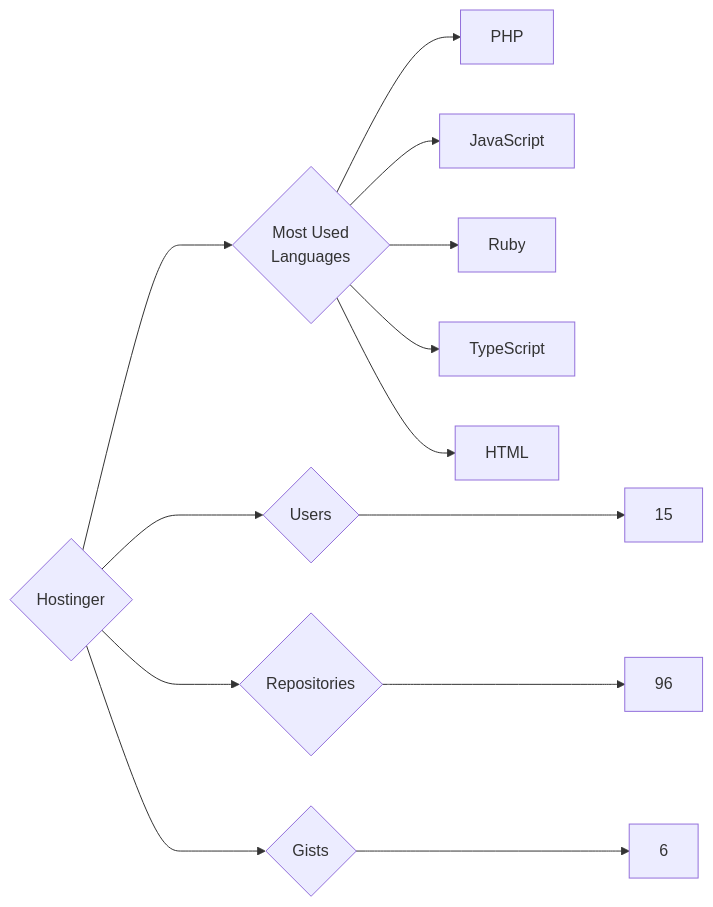
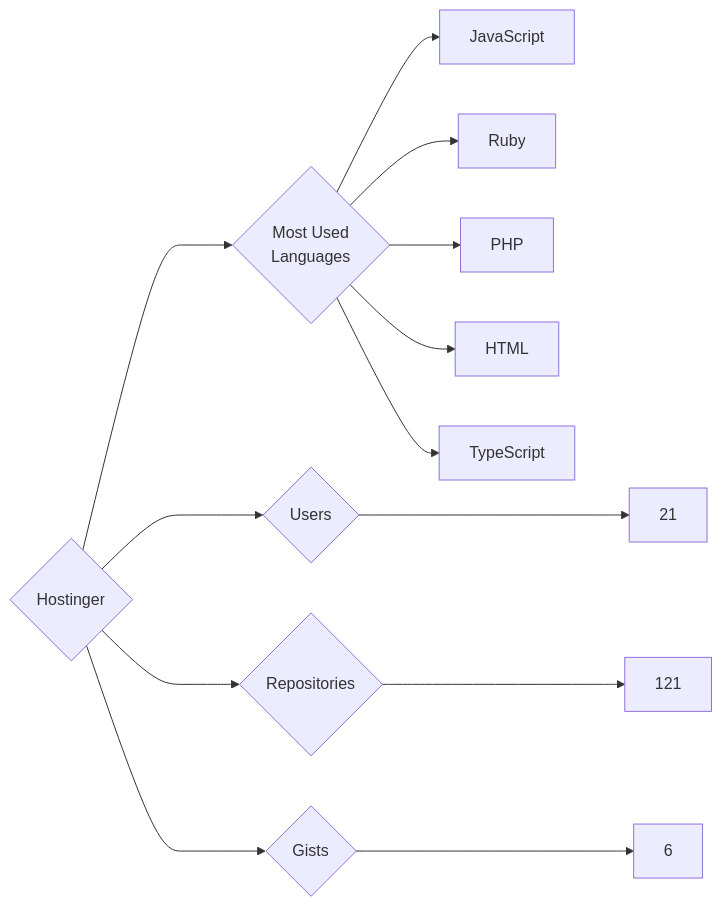
Before and after one commit to trickest/insiders: the diagram in targets/Hostinger/README.md, drawn with Mermaid. The commit also changed 870 other files, not shown here.

````diff
--- a/targets/Hostinger/README.md
+++ b/targets/Hostinger/README.md
@@ -3,13 +3,13 @@
 ```mermaid
 graph LR
 COMPANY_NAME{Hostinger}
-COMPANY_NAME ---> U{Users} ---> UN[15]
-COMPANY_NAME ---> R{Repositories} ---> RN[96]
+COMPANY_NAME ---> U{Users} ---> UN[21]
+COMPANY_NAME ---> R{Repositories} ---> RN[121]
 COMPANY_NAME ---> G{Gists} ---> GN[6]
 COMPANY_NAME ---> ML{Most Used<br>Languages}
-ML --> PHP[PHP]
 ML --> JavaScript[JavaScript]
 ML --> Ruby[Ruby]
+ML --> PHP[PHP]
+ML --> HTML[HTML]
 ML --> TypeScript[TypeScript]
-ML --> HTML[HTML]
 ```
````
